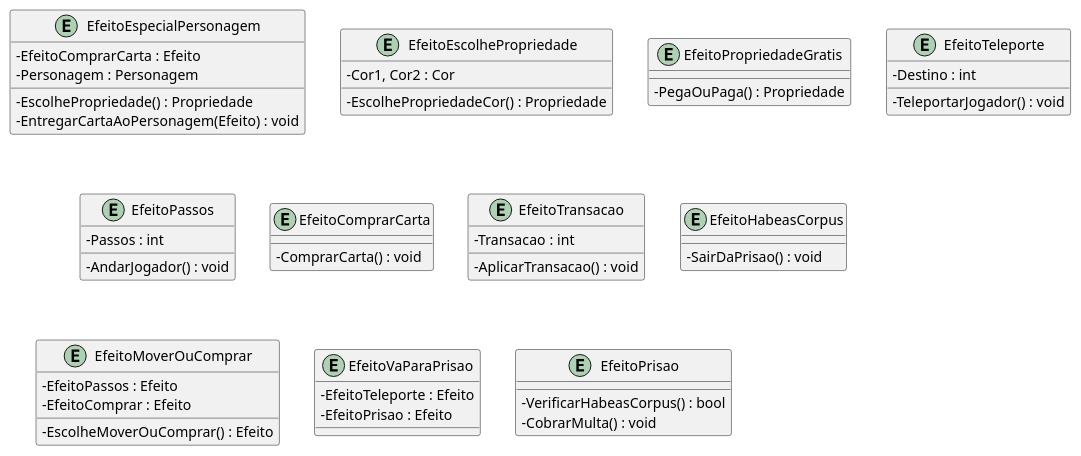
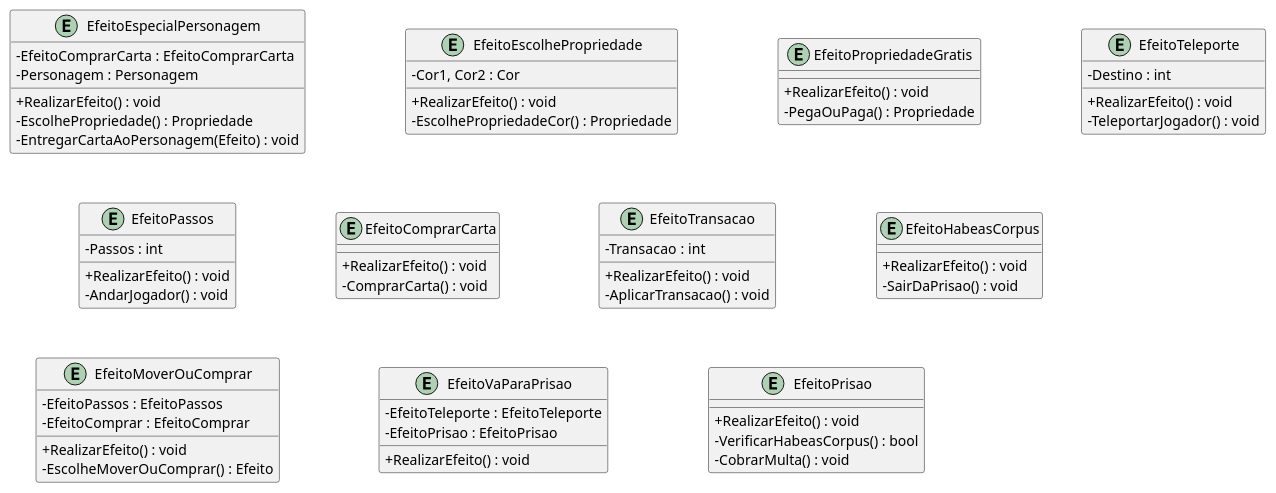
The diagram in Documentação/diagrama-de-classe efeitos.plantuml (rogerpcto/ProjetoDeSoftware-UFF), drawn with PlantUML before and after one commit. The commit also changed 2 other files, not shown here.

Commit message:
Mudanças nos diagramas de classe

```diff
--- a/Documentação/diagrama-de-classe efeitos.plantuml
+++ b/Documentação/diagrama-de-classe efeitos.plantuml
@@ -1,60 +1,78 @@
 @startuml diagrama
 skinparam linetype ortho
 skinparam classAttributeIconSize 0
+skinparam nodesep 100
+skinparam ranksep 50
 
 entity EfeitoEspecialPersonagem{
-    - EfeitoComprarCarta : Efeito
+    - EfeitoComprarCarta : EfeitoComprarCarta
     - Personagem : Personagem
+
+    + RealizarEfeito() : void
     - EscolhePropriedade() : Propriedade
     - EntregarCartaAoPersonagem(Efeito) : void
 }
 
 entity EfeitoEscolhePropriedade{
     - Cor1, Cor2 : Cor
+
+    + RealizarEfeito() : void
     - EscolhePropriedadeCor() : Propriedade
 }
 
 entity EfeitoPropriedadeGratis{
+    + RealizarEfeito() : void
     - PegaOuPaga() : Propriedade
 }
 
 entity EfeitoTeleporte{
     - Destino : int
+
+    + RealizarEfeito() : void
     - TeleportarJogador() : void
 }
 
 entity EfeitoPassos{
     - Passos : int
+
+    + RealizarEfeito() : void
     - AndarJogador() : void
 }
 
 entity EfeitoComprarCarta{
+    + RealizarEfeito() : void
     - ComprarCarta() : void 
 }
 
 entity EfeitoTransacao{
     - Transacao : int
+
+    + RealizarEfeito() : void
     - AplicarTransacao() : void
 }
 
 entity EfeitoHabeasCorpus{
+    + RealizarEfeito() : void
     - SairDaPrisao() : void
 }
 
 entity EfeitoMoverOuComprar{
-    - EfeitoPassos : Efeito
-    - EfeitoComprar : Efeito
+    + RealizarEfeito() : void
+    - EfeitoPassos : EfeitoPassos
+    - EfeitoComprar : EfeitoComprar
     - EscolheMoverOuComprar() : Efeito
 }
 
 entity EfeitoVaParaPrisao{
-    - EfeitoTeleporte : Efeito
-    - EfeitoPrisao : Efeito
+    - EfeitoTeleporte : EfeitoTeleporte
+    - EfeitoPrisao : EfeitoPrisao
+    + RealizarEfeito() : void
 }
 
 entity EfeitoPrisao{
+    + RealizarEfeito() : void
     - VerificarHabeasCorpus() : bool
     - CobrarMulta() : void
 }
 
 @enduml
```
